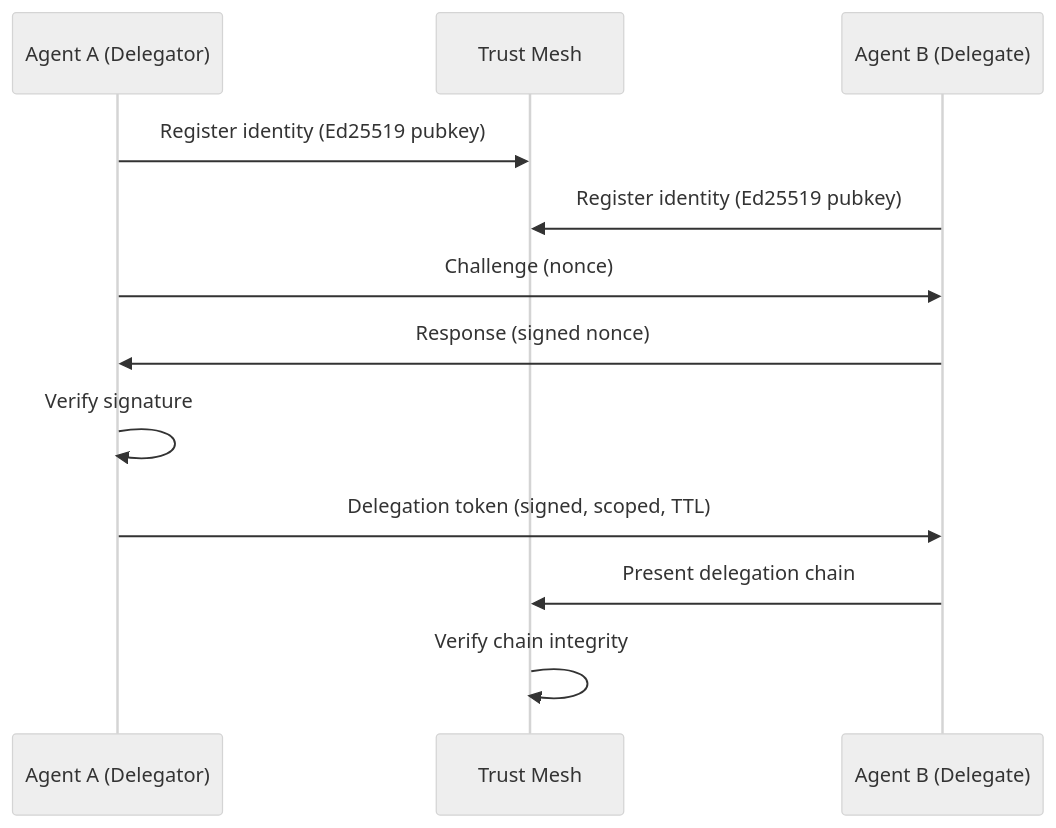
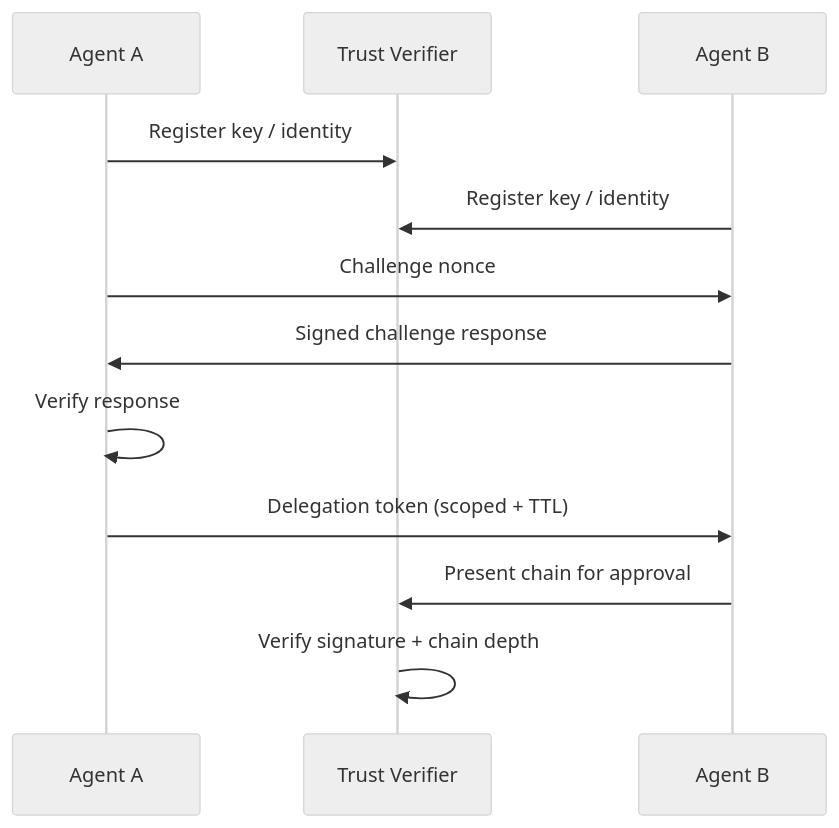
Before and after one commit to nibzard/awesome-agentic-patterns: the diagram in patterns/zero-trust-agent-mesh.md, drawn with Mermaid (neutral theme). The commit also changed other lines of this file, not shown here.

Commit message:
refine: recast zero-trust mesh as reusable framework pattern

````diff
--- a/patterns/zero-trust-agent-mesh.md
+++ b/patterns/zero-trust-agent-mesh.md
@@ -36,14 +24,14 @@
 ```mermaid
 sequenceDiagram
-    participant A as Agent A (Delegator)
-    participant M as Trust Mesh
-    participant B as Agent B (Delegate)
-    A->>M: Register identity (Ed25519 pubkey)
-    B->>M: Register identity (Ed25519 pubkey)
-    A->>B: Challenge (nonce)
-    B->>A: Response (signed nonce)
-    A->>A: Verify signature
-    A->>B: Delegation token (signed, scoped, TTL)
-    B->>M: Present delegation chain
-    M->>M: Verify chain integrity
+    participant A as Agent A
+    participant M as Trust Verifier
+    participant B as Agent B
+    A->>M: Register key / identity
+    B->>M: Register key / identity
+    A->>B: Challenge nonce
+    B->>A: Signed challenge response
+    A->>A: Verify response
+    A->>B: Delegation token (scoped + TTL)
+    B->>M: Present chain for approval
+    M->>M: Verify signature + chain depth
 ```
````
